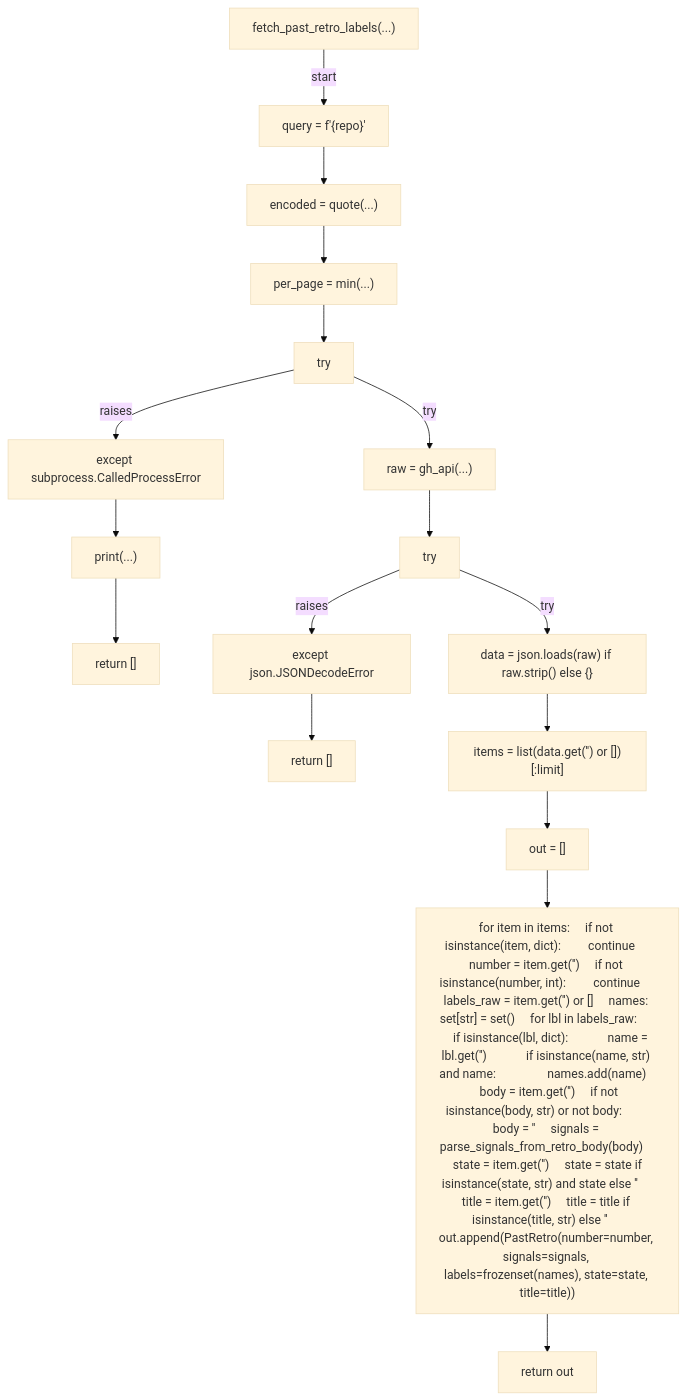
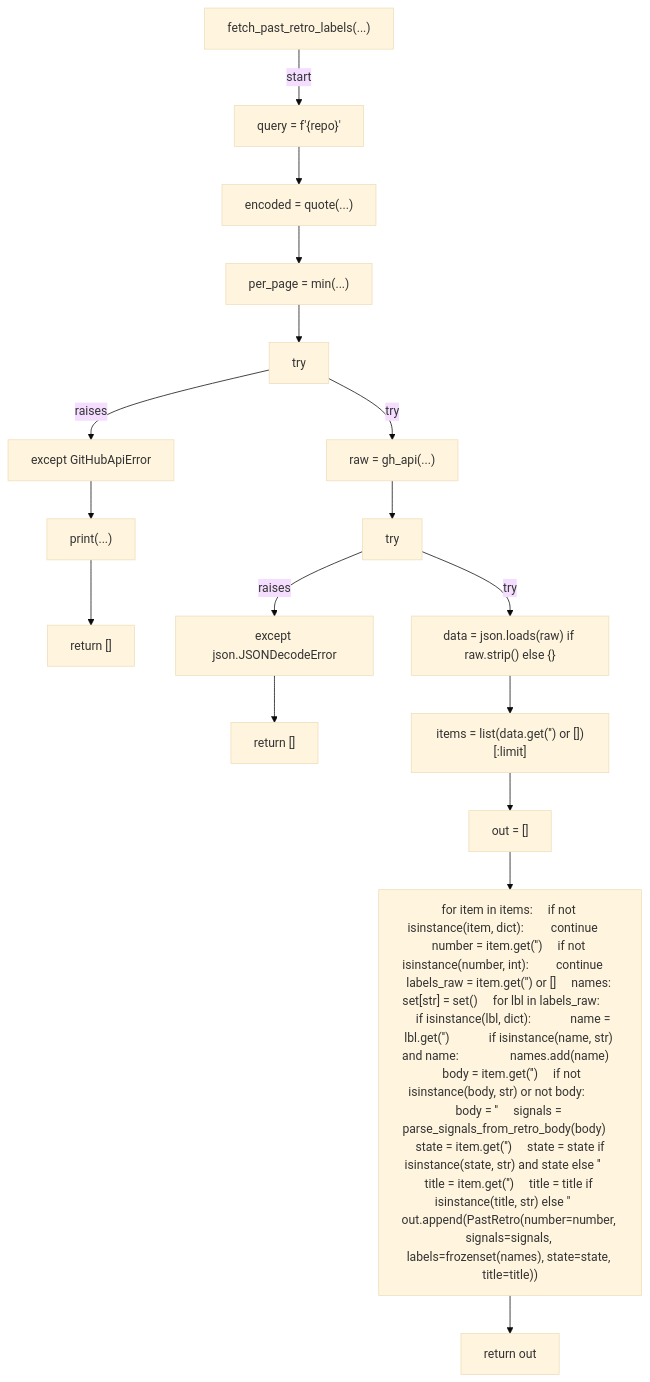
One commit to tvna/claude-md changed the tenth of 52 diagrams in docs/generated/scripts/ast/auto_retro.md. Above: the diagram before and after it, drawn with Mermaid (base theme). The commit also changed other lines of this file and 15 other files, not shown here.

First line of the commit message:
docs(generated): regenerate decision tree and workflow diagrams

````diff
--- a/docs/generated/scripts/ast/auto_retro.md
+++ b/docs/generated/scripts/ast/auto_retro.md
@@ -155,36 +146,36 @@
 ```mermaid
 flowchart TD
     N001["fetch_past_retro_labels(...)"]
     N002["query = f'<str>{repo}<str>'"]
     N003["encoded = quote(...)"]
     N004["per_page = min(...)"]
     N005["try"]
     N006["raw = gh_api(...)"]
-    N007["except subprocess.CalledProcessError"]
+    N007["except GitHubApiError"]
     N008["print(...)"]
     N009["return []"]
     N010["try"]
     N011["data = json.loads(raw) if raw.strip() else {}"]
     N012["except json.JSONDecodeError"]
     N013["return []"]
     N014["items = list(data.get('<str>') or [])[:limit]"]
     N015["out = []"]
     N016["for item in items:     if not isinstance(item, dict):         continue     number = item.get('<str>')     if not isinstance(number, int):         continue     labels_raw = item.get('<str>') or []     names: set[str] = set()     for lbl in labels_raw:         if isinstance(lbl, dict):             name = lbl.get('<str>')             if isinstance(name, str) and name:                 names.add(name)     body = item.get('<str>')     if not isinstance(body, str) or not body:         body = '<str>'     signals = parse_signals_from_retro_body(body)     state = item.get('<str>')     state = state if isinstance(state, str) and state else '<str>'     title = item.get('<str>')     title = title if isinstance(title, str) else '<str>'     out.append(PastRetro(number=number, signals=signals, labels=frozenset(names), state=state, title=title))"]
     N017["return out"]
     N001 -->|"start"| N002
     N002 --> N003
     N003 --> N004
     N004 --> N005
     N005 -->|"try"| N006
     N005 -->|"raises"| N007
     N007 --> N008
     N008 --> N009
     N006 --> N010
     N010 -->|"try"| N011
     N010 -->|"raises"| N012
     N012 --> N013
     N011 --> N014
     N014 --> N015
     N015 --> N016
     N016 --> N017
 ```
````
